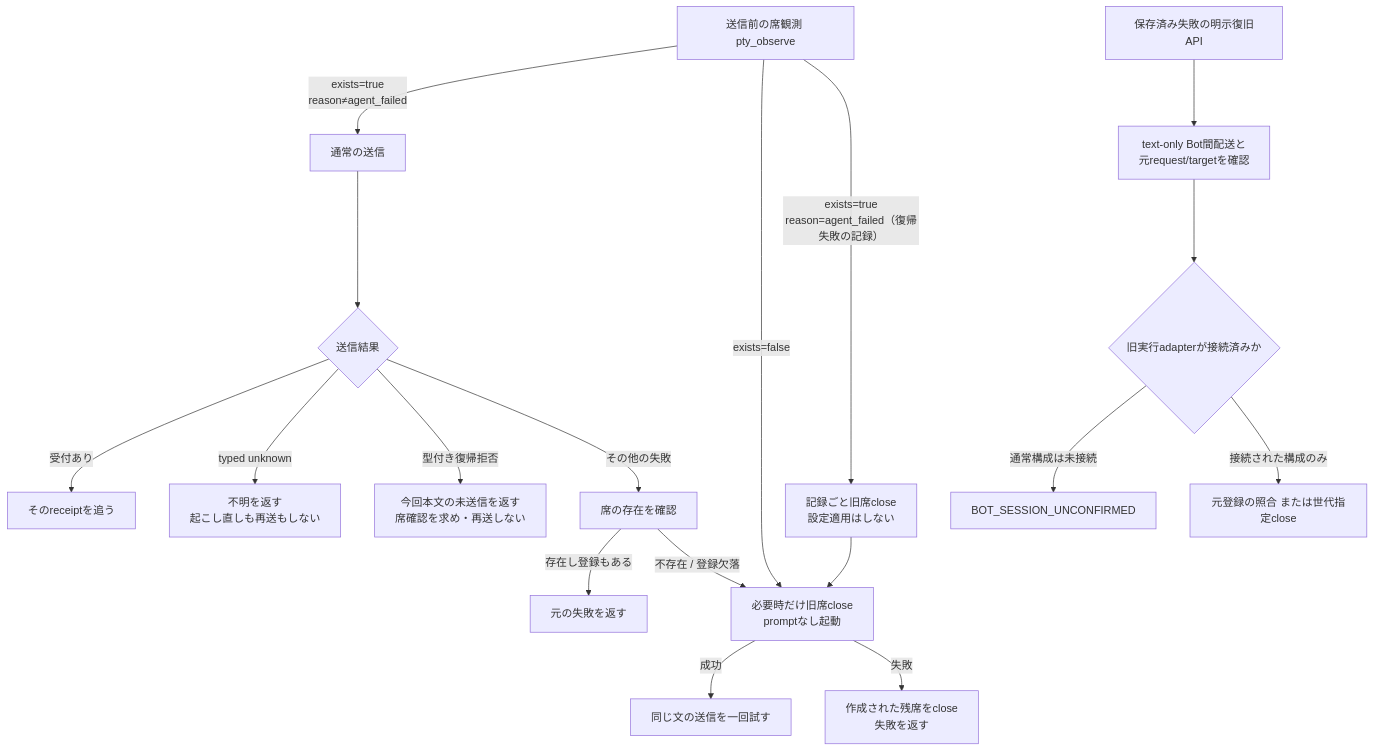
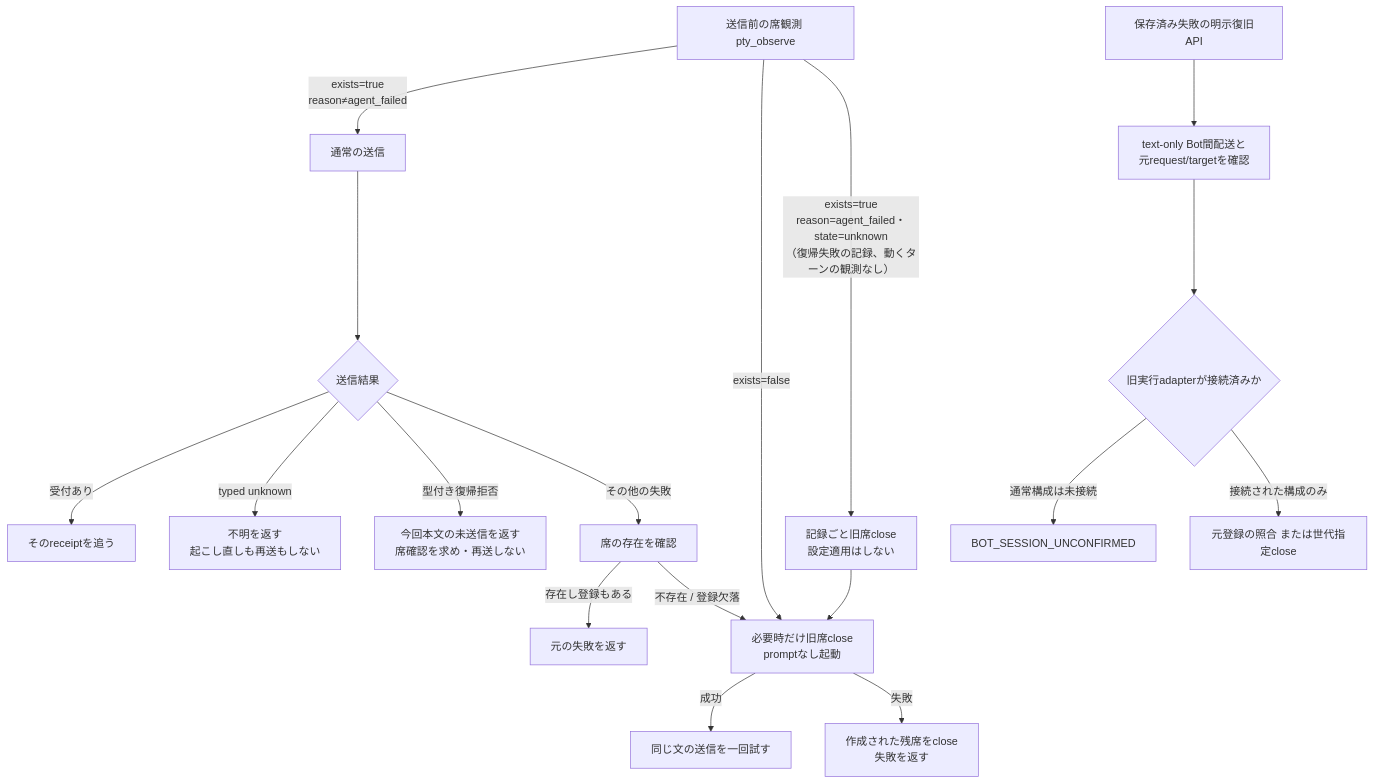
The second of 2 diagrams in docs/architecture/delivery-details.md (kitepon/BellTeam), drawn with Mermaid before and after one commit. The commit also changed other lines of this file and 2 other files, not shown here.

Commit message:
Close a failed resume record only while Aiterm observes no running turn
Trony's ruling: relaunch over an agent_failed record only when the
observation is state=unknown with no pending child deliveries, i.e. Aiterm
treats the seat as not accepting input. A record observed with a running
turn is left alone.

````diff
--- a/docs/architecture/delivery-details.md
+++ b/docs/architecture/delivery-details.md
@@ -48,19 +48,19 @@
 ```mermaid
 flowchart TD
   Observe["送信前の席観測 pty_observe"] -->|"exists=true<br/>reason≠agent_failed"| Send["通常の送信"]
   Observe -->|"exists=false"| Launch
-  Observe -->|"exists=true<br/>reason=agent_failed（復帰失敗の記録）"| CloseFailed["記録ごと旧席close<br/>設定適用はしない"] --> Launch
+  Observe -->|"exists=true<br/>reason=agent_failed・state=unknown<br/>（復帰失敗の記録、動くターンの観測なし）"| CloseFailed["記録ごと旧席close<br/>設定適用はしない"] --> Launch
   Send --> Reply{"送信結果"}
   Reply -->|"受付あり"| Accepted["そのreceiptを追う"]
   Reply -->|"typed unknown"| Unknown["不明を返す<br/>起こし直しも再送もしない"]
   Reply -->|"型付き復帰拒否"| Resume["今回本文の未送信を返す<br/>席確認を求め・再送しない"]
   Reply -->|"その他の失敗"| Running["席の存在を確認"]
   Running -->|"存在し登録もある"| Fail["元の失敗を返す"]
   Running -->|"不存在 / 登録欠落"| Launch["必要時だけ旧席close<br/>promptなし起動"]
   Launch -->|"成功"| Once["同じ文の送信を一回試す"]
   Launch -->|"失敗"| Cleanup["作成された残席をclose<br/>失敗を返す"]
   Explicit["保存済み失敗の明示復旧API"] --> Eligible["text-only Bot間配送と<br/>元request/targetを確認"]
   Eligible --> Adapter{"旧実行adapterが接続済みか"}
   Adapter -->|"通常構成は未接続"| Refuse["BOT_SESSION_UNCONFIRMED"]
   Adapter -->|"接続された構成のみ"| Reconcile["元登録の照合 または世代指定close"]
 ```
````
